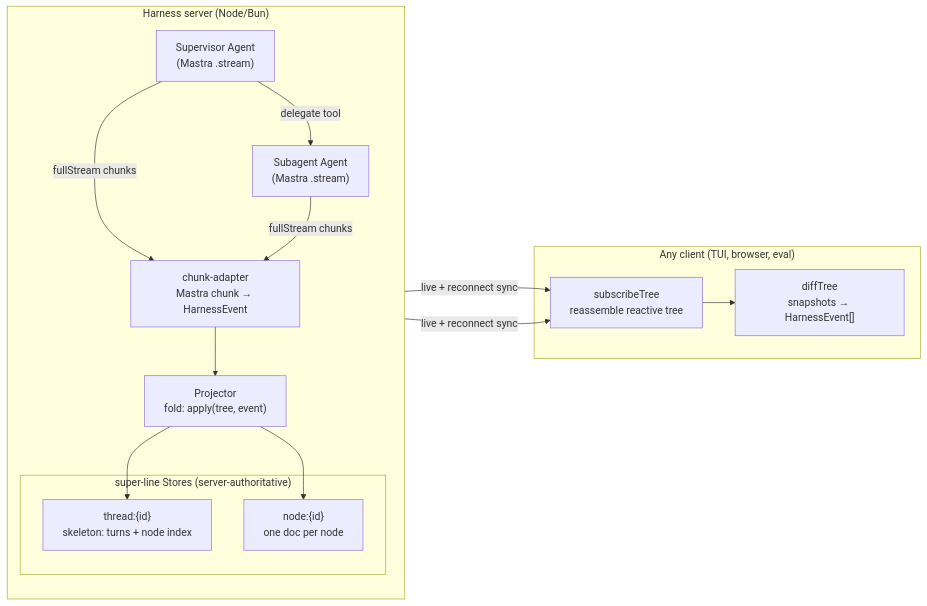
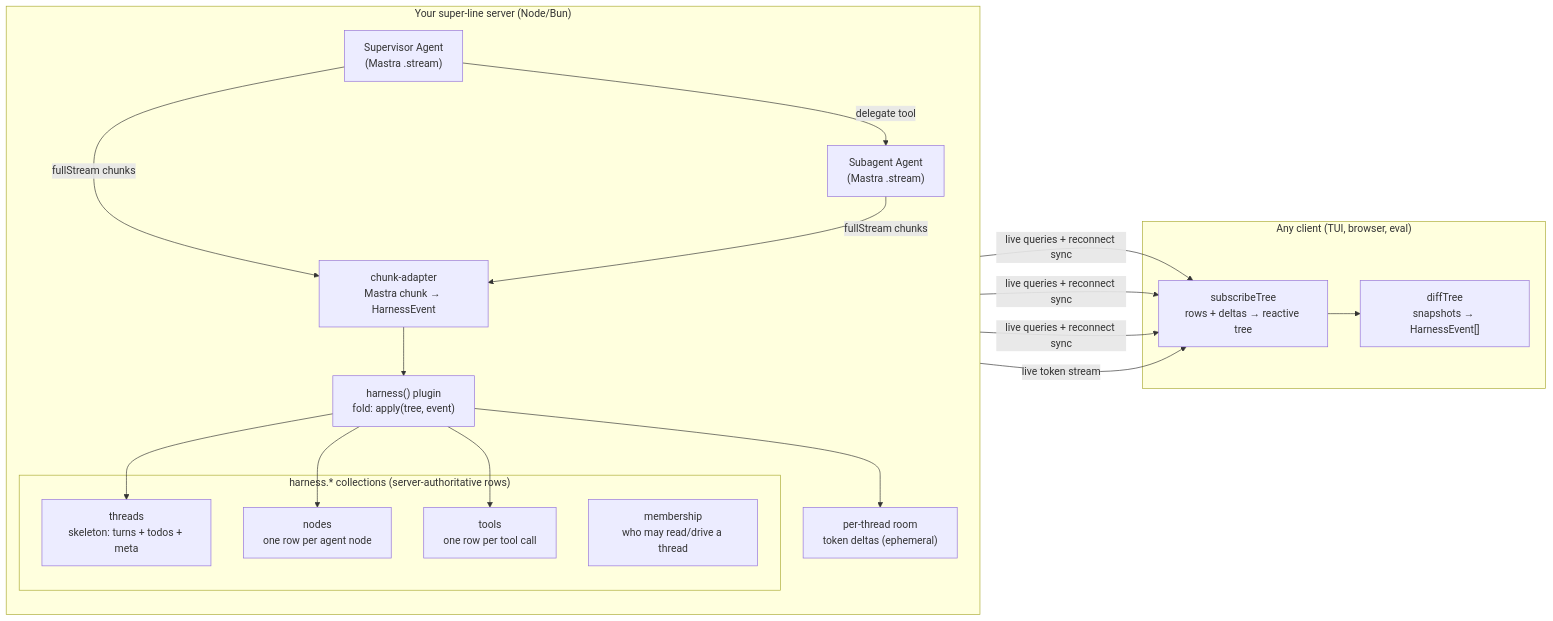
Before and after one commit to mertdogar/super-harness: the diagram in README.md, drawn with Mermaid. The commit also changed other lines of this file and 9 other files, not shown here.

First line of the commit message:
docs: overhaul store-era docs to the plugin/collections model

````diff
--- a/README.md
+++ b/README.md
@@ -203,29 +339,32 @@
 ```mermaid
 flowchart LR
-  subgraph server["Harness server (Node/Bun)"]
+  subgraph server["Your super-line server (Node/Bun)"]
     direction TB
     SUP["Supervisor Agent<br/>(Mastra .stream)"]
     SUB["Subagent Agent<br/>(Mastra .stream)"]
     CA["chunk-adapter<br/>Mastra chunk → HarnessEvent"]
-    PROJ["Projector<br/>fold: apply(tree, event)"]
-    subgraph stores["super-line Stores (server-authoritative)"]
-      TS["thread:{id}<br/>skeleton: turns + node index"]
-      NS["node:{id}<br/>one doc per node"]
+    PROJ["harness() plugin<br/>fold: apply(tree, event)"]
+    subgraph cols["harness.* collections (server-authoritative rows)"]
+      TR["threads<br/>skeleton: turns + todos + meta"]
+      NR["nodes<br/>one row per agent node"]
+      TO["tools<br/>one row per tool call"]
+      ME["membership<br/>who may read/drive a thread"]
     end
+    ROOM["per-thread room<br/>token deltas (ephemeral)"]
     SUP -- "delegate tool" --> SUB
     SUP -- fullStream chunks --> CA
     SUB -- fullStream chunks --> CA
     CA --> PROJ
-    PROJ --> TS
-    PROJ --> NS
+    PROJ --> TR & NR & TO
+    PROJ --> ROOM
   end
 
   subgraph client["Any client (TUI, browser, eval)"]
-    ST["subscribeTree<br/>reassemble reactive tree"]
+    ST["subscribeTree<br/>rows + deltas → reactive tree"]
     DT["diffTree<br/>snapshots → HarnessEvent[]"]
     ST --> DT
   end
 
-  TS -- live + reconnect sync --> ST
-  NS -- live + reconnect sync --> ST
+  TR & NR & TO -- live queries + reconnect sync --> ST
+  ROOM -- live token stream --> ST
 ```
````
